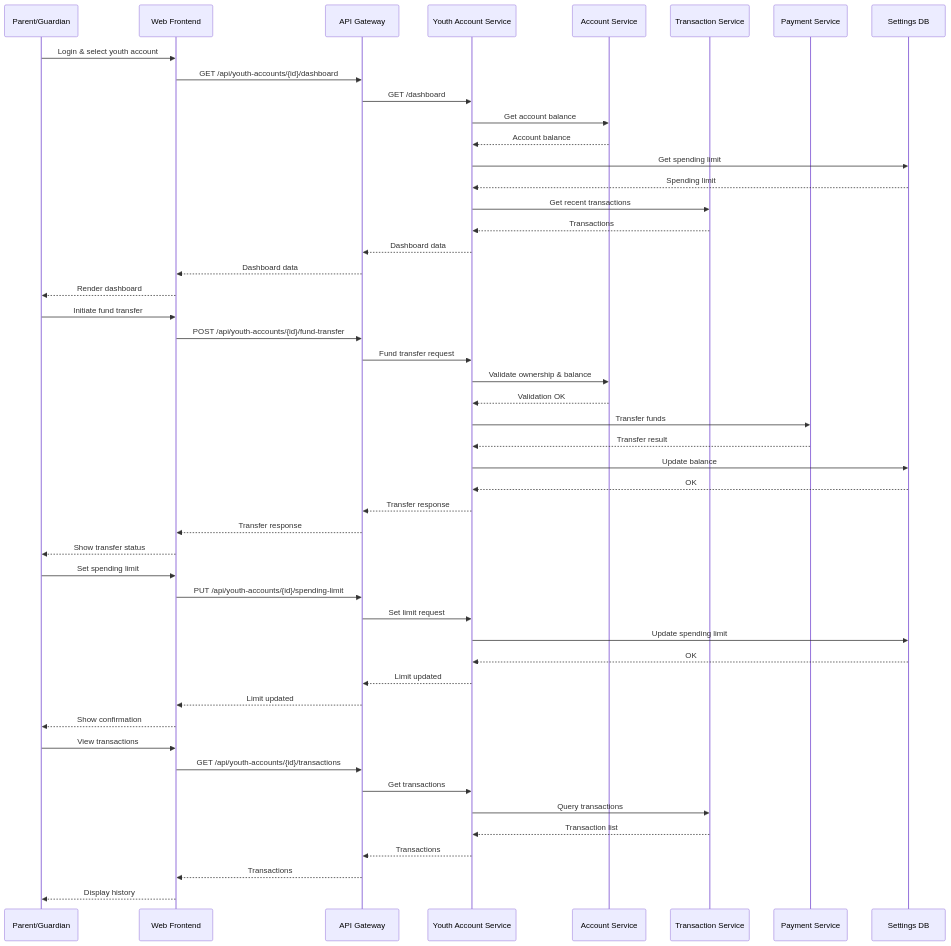
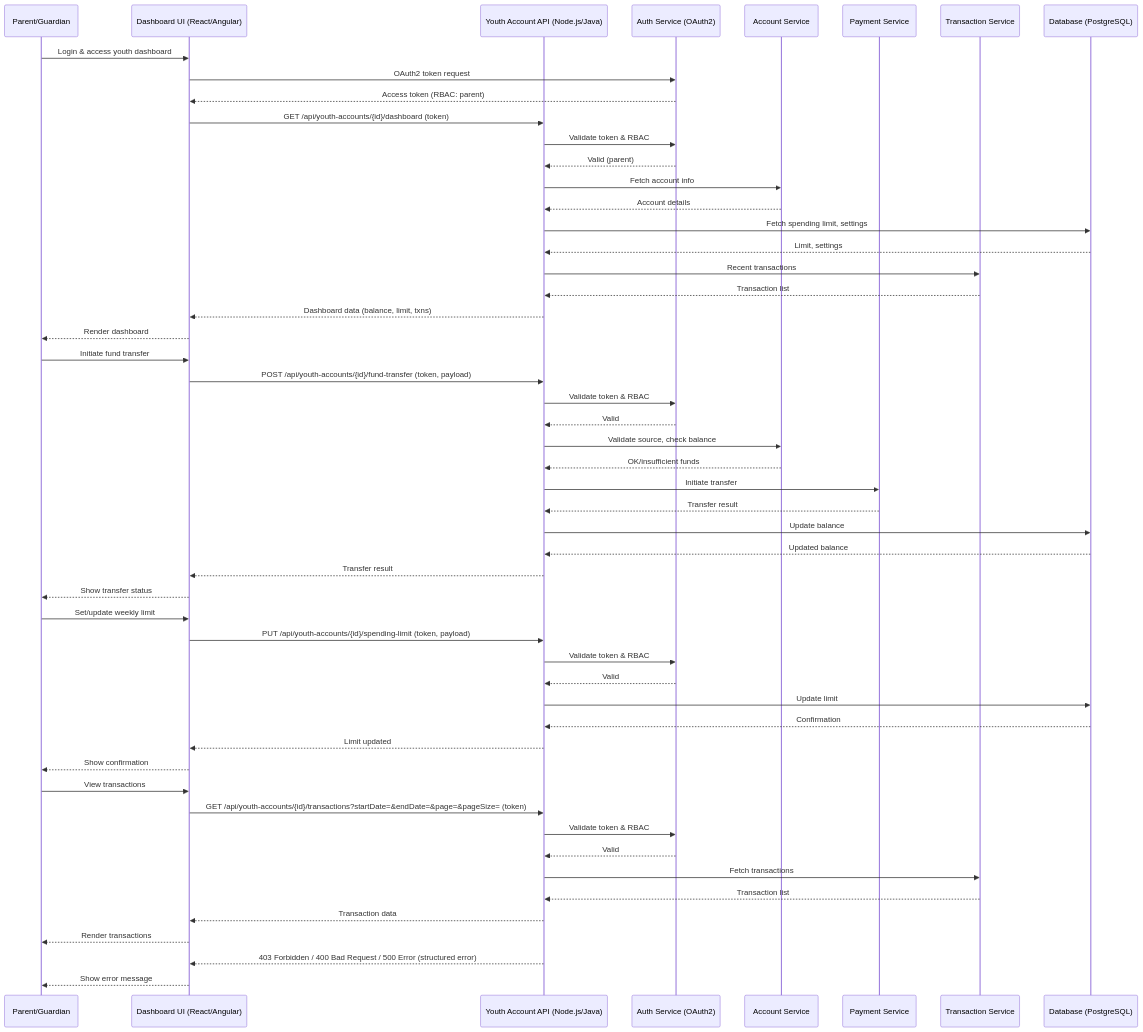
Before and after one commit to Ascend-Krithi/SCIB-Inception: the diagram in Components and Sequence Diagrams/sequence_diagram.mmd, drawn with Mermaid. The commit also changed 1 other file, not shown here.

```diff
--- a/Components and Sequence Diagrams/sequence_diagram.mmd
+++ b/Components and Sequence Diagrams/sequence_diagram.mmd
@@ -1,58 +1,64 @@
-%% Youth Account Management - Sequence Diagram (Mermaid)
+%% Sequence Diagram for Youth Account Management (Mermaid)
 sequenceDiagram
   participant Parent as Parent/Guardian
-  participant WebApp as Web Frontend
-  participant APIGW as API Gateway
-  participant YthSvc as Youth Account Service
-  participant AccSvc as Account Service
-  participant TxnSvc as Transaction Service
-  participant PaySvc as Payment Service
-  participant SettingsDB as Settings DB
+  participant UI as Dashboard UI (React/Angular)
+  participant API as Youth Account API (Node.js/Java)
+  participant Auth as Auth Service (OAuth2)
+  participant AccountSvc as Account Service
+  participant PaymentSvc as Payment Service
+  participant TransactionSvc as Transaction Service
+  participant DB as Database (PostgreSQL)
 
-  %% Dashboard retrieval
-  Parent->>WebApp: Login & select youth account
-  WebApp->>APIGW: GET /api/youth-accounts/{id}/dashboard
-  APIGW->>YthSvc: GET /dashboard
-  YthSvc->>AccSvc: Get account balance
-  AccSvc-->>YthSvc: Account balance
-  YthSvc->>SettingsDB: Get spending limit
-  SettingsDB-->>YthSvc: Spending limit
-  YthSvc->>TxnSvc: Get recent transactions
-  TxnSvc-->>YthSvc: Transactions
-  YthSvc-->>APIGW: Dashboard data
-  APIGW-->>WebApp: Dashboard data
-  WebApp-->>Parent: Render dashboard
+  %% Dashboard access
+  Parent->>UI: Login & access youth dashboard
+  UI->>Auth: OAuth2 token request
+  Auth-->>UI: Access token (RBAC: parent)
+  UI->>API: GET /api/youth-accounts/{id}/dashboard (token)
+  API->>Auth: Validate token & RBAC
+  Auth-->>API: Valid (parent)
+  API->>AccountSvc: Fetch account info
+  AccountSvc-->>API: Account details
+  API->>DB: Fetch spending limit, settings
+  DB-->>API: Limit, settings
+  API->>TransactionSvc: Recent transactions
+  TransactionSvc-->>API: Transaction list
+  API-->>UI: Dashboard data (balance, limit, txns)
+  UI-->>Parent: Render dashboard
 
-  %% Fund transfer
-  Parent->>WebApp: Initiate fund transfer
-  WebApp->>APIGW: POST /api/youth-accounts/{id}/fund-transfer
-  APIGW->>YthSvc: Fund transfer request
-  YthSvc->>AccSvc: Validate ownership & balance
-  AccSvc-->>YthSvc: Validation OK
-  YthSvc->>PaySvc: Transfer funds
-  PaySvc-->>YthSvc: Transfer result
-  YthSvc->>SettingsDB: Update balance
-  SettingsDB-->>YthSvc: OK
-  YthSvc-->>APIGW: Transfer response
-  APIGW-->>WebApp: Transfer response
-  WebApp-->>Parent: Show transfer status
+  %% Fund allocation
+  Parent->>UI: Initiate fund transfer
+  UI->>API: POST /api/youth-accounts/{id}/fund-transfer (token, payload)
+  API->>Auth: Validate token & RBAC
+  Auth-->>API: Valid
+  API->>AccountSvc: Validate source, check balance
+  AccountSvc-->>API: OK/insufficient funds
+  API->>PaymentSvc: Initiate transfer
+  PaymentSvc-->>API: Transfer result
+  API->>DB: Update balance
+  DB-->>API: Updated balance
+  API-->>UI: Transfer result
+  UI-->>Parent: Show transfer status
 
   %% Set spending limit
-  Parent->>WebApp: Set spending limit
-  WebApp->>APIGW: PUT /api/youth-accounts/{id}/spending-limit
-  APIGW->>YthSvc: Set limit request
-  YthSvc->>SettingsDB: Update spending limit
-  SettingsDB-->>YthSvc: OK
-  YthSvc-->>APIGW: Limit updated
-  APIGW-->>WebApp: Limit updated
-  WebApp-->>Parent: Show confirmation
+  Parent->>UI: Set/update weekly limit
+  UI->>API: PUT /api/youth-accounts/{id}/spending-limit (token, payload)
+  API->>Auth: Validate token & RBAC
+  Auth-->>API: Valid
+  API->>DB: Update limit
+  DB-->>API: Confirmation
+  API-->>UI: Limit updated
+  UI-->>Parent: Show confirmation
 
-  %% Transaction history
-  Parent->>WebApp: View transactions
-  WebApp->>APIGW: GET /api/youth-accounts/{id}/transactions
-  APIGW->>YthSvc: Get transactions
-  YthSvc->>TxnSvc: Query transactions
-  TxnSvc-->>YthSvc: Transaction list
-  YthSvc-->>APIGW: Transactions
-  APIGW-->>WebApp: Transactions
-  WebApp-->>Parent: Display history
+  %% View transaction history
+  Parent->>UI: View transactions
+  UI->>API: GET /api/youth-accounts/{id}/transactions?startDate=&endDate=&page=&pageSize= (token)
+  API->>Auth: Validate token & RBAC
+  Auth-->>API: Valid
+  API->>TransactionSvc: Fetch transactions
+  TransactionSvc-->>API: Transaction list
+  API-->>UI: Transaction data
+  UI-->>Parent: Render transactions
+
+  %% Error handling (example)
+  API-->>UI: 403 Forbidden / 400 Bad Request / 500 Error (structured error)
+  UI-->>Parent: Show error message
```
